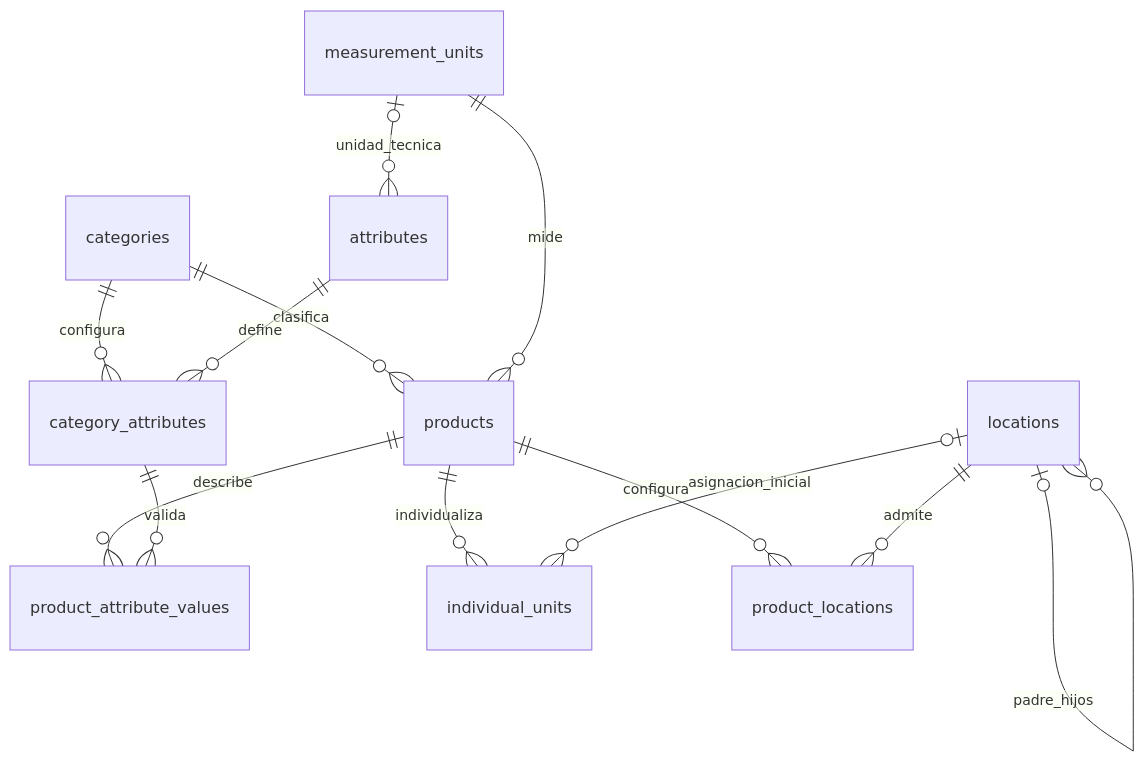
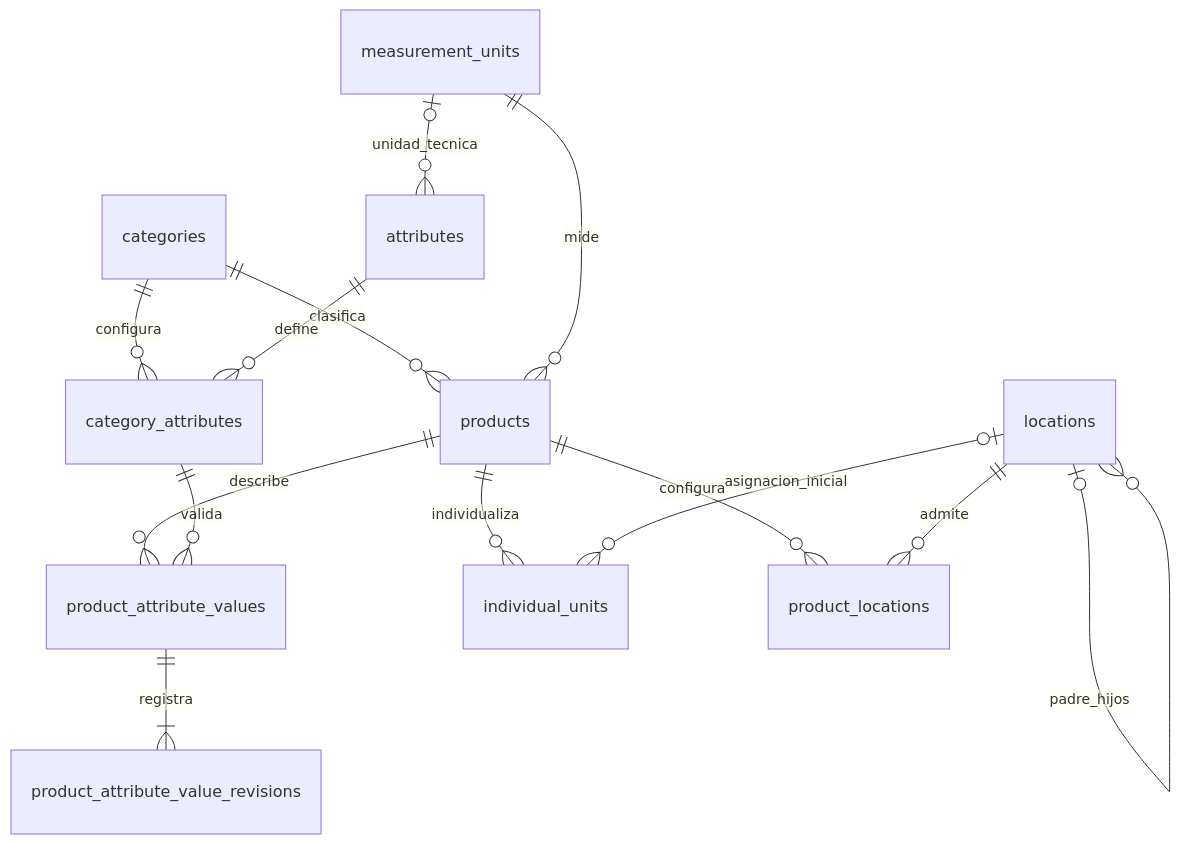
The diagram in docs/data-dictionary-sprint-2.md (jcsempertegui/sistema_de_almacen_v3), drawn with Mermaid before and after one commit. The commit also changed other lines of this file and 80 other files, not shown here.

````diff
--- a/docs/data-dictionary-sprint-2.md
+++ b/docs/data-dictionary-sprint-2.md
@@ -237,15 +248,16 @@
 ```mermaid
 erDiagram
     categories ||--o{ products : clasifica
     measurement_units ||--o{ products : mide
     measurement_units o|--o{ attributes : unidad_tecnica
     categories ||--o{ category_attributes : configura
     attributes ||--o{ category_attributes : define
     products ||--o{ product_attribute_values : describe
     category_attributes ||--o{ product_attribute_values : valida
+    product_attribute_values ||--|{ product_attribute_value_revisions : registra
     locations o|--o{ locations : padre_hijos
     products ||--o{ individual_units : individualiza
     locations o|--o{ individual_units : asignacion_inicial
     products ||--o{ product_locations : configura
     locations ||--o{ product_locations : admite
 ```
````
